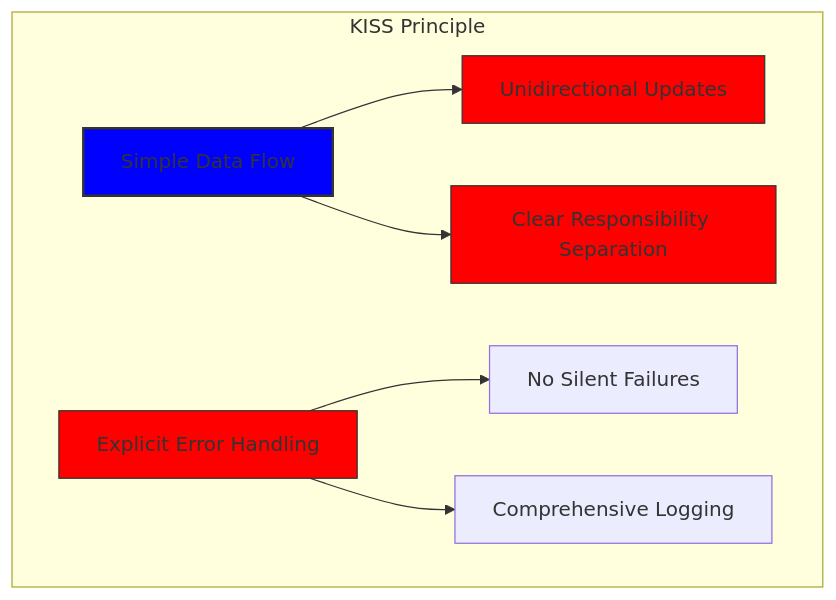
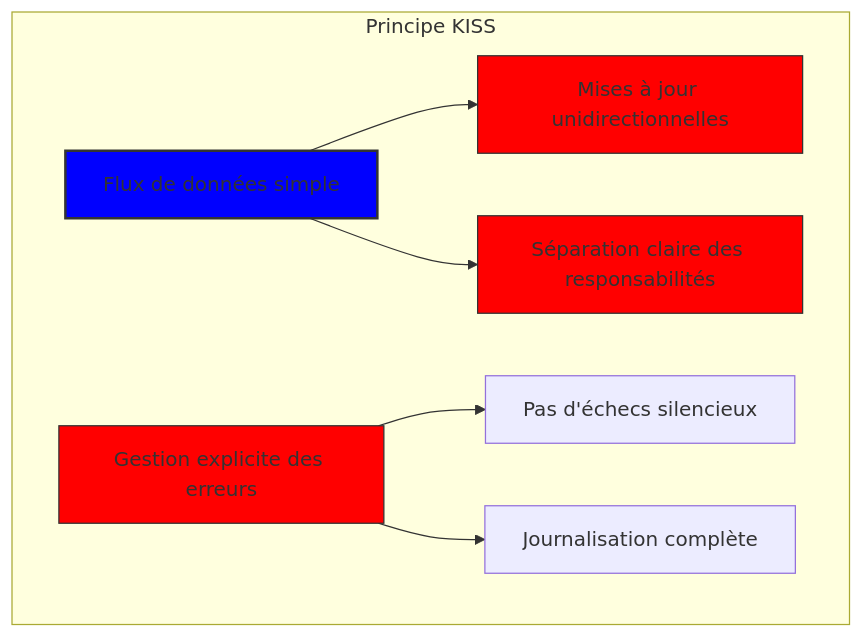
One commit to forwardemail/forwardemail.net changed the seventh of 7 diagrams in app/views/docs/building-reliable-payment-system-stripe-paypal/index-fr.md. Above: the diagram before and after it, drawn with Mermaid. The commit also changed other lines of this file and 1055 other files, not shown here.

````diff
--- a/app/views/docs/building-reliable-payment-system-stripe-paypal/index-fr.md
+++ b/app/views/docs/building-reliable-payment-system-stripe-paypal/index-fr.md
@@ -655,16 +659,16 @@
 ```mermaid
 graph TD
-    subgraph "KISS Principle"
-        P[Simple Data Flow] --> Q[Unidirectional Updates]
-        P --> R[Clear Responsibility Separation]
+    subgraph "Principe KISS"
+        P[Flux de données simple] --> Q[Mises à jour unidirectionnelles]
+        P --> R[Séparation claire des responsabilités]
 
-        S[Explicit Error Handling] --> T[No Silent Failures]
-        S --> U[Comprehensive Logging]
+        S[Gestion explicite des erreurs] --> T[Pas d'échecs silencieux]
+        S --> U[Journalisation complète]
     end
 
     classDef primary fill:blue,stroke:#333,stroke-width:2px;
     classDef secondary fill:red,stroke:#333,stroke-width:1px;
 
     class A,P,V primary;
     class B,C,D,E,I,L,Q,R,S,W,X,Y,Z secondary;
 ```
````
